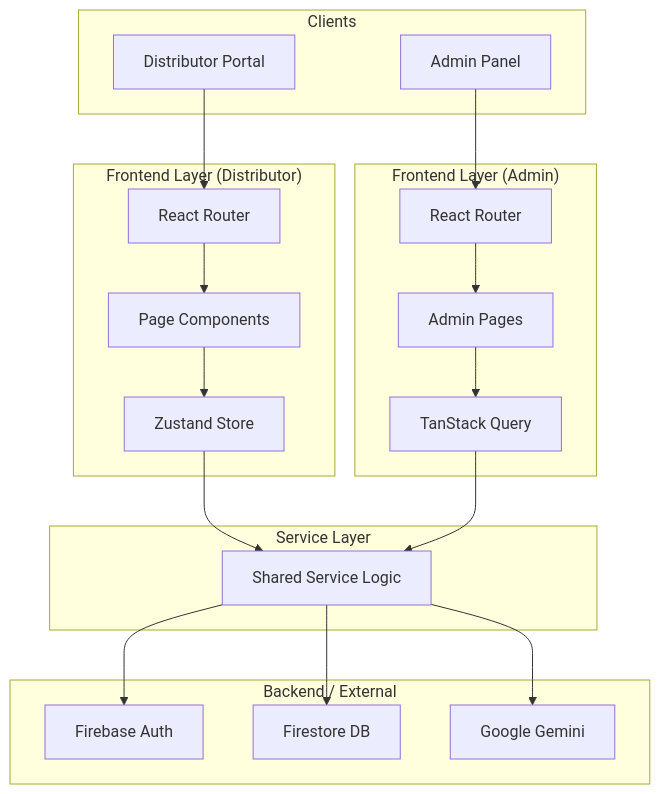
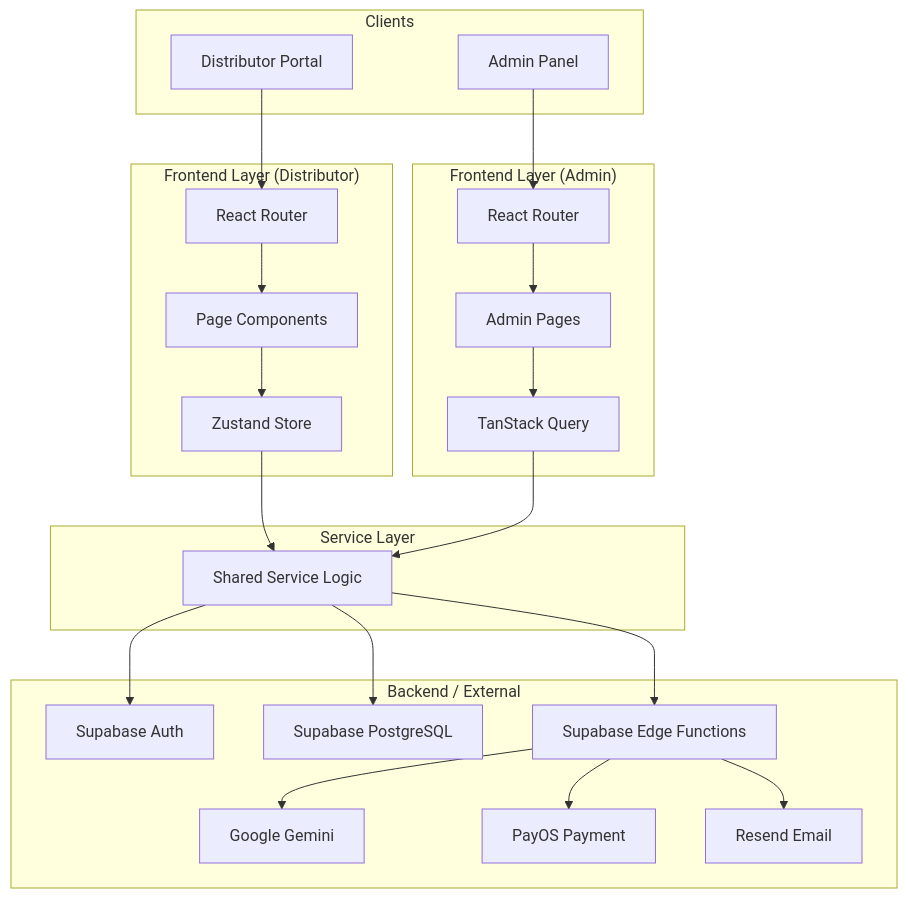
Before and after one commit to longtho638-jpg/Well: the diagram in docs/system-architecture.md, drawn with Mermaid. The commit also changed other lines of this file and 245 other files, not shown here.

````diff
--- a/docs/system-architecture.md
+++ b/docs/system-architecture.md
@@ -7,30 +7,33 @@
 ```mermaid
 graph TD
     subgraph "Clients"
         DistributorApp[Distributor Portal]
         AdminApp[Admin Panel]
     end
 
     subgraph "Frontend Layer (Distributor)"
         DistributorApp --> D_Router[React Router]
         D_Router --> D_Pages[Page Components]
         D_Pages --> D_Store[Zustand Store]
     end
 
     subgraph "Frontend Layer (Admin)"
         AdminApp --> A_Router[React Router]
         A_Router --> A_Pages[Admin Pages]
         A_Pages --> A_Query[TanStack Query]
     end
 
     subgraph "Service Layer"
         D_Store --> APIService
         A_Query --> APIService[Shared Service Logic]
     end
 
     subgraph "Backend / External"
-        APIService --> Auth[Firebase Auth]
-        APIService --> Firestore[Firestore DB]
-        APIService --> GeminiAPI[Google Gemini]
+        APIService --> Auth[Supabase Auth]
+        APIService --> SupaDB[Supabase PostgreSQL]
+        APIService --> EdgeFn[Supabase Edge Functions]
+        EdgeFn --> GeminiAPI[Google Gemini]
+        EdgeFn --> PayOS[PayOS Payment]
+        EdgeFn --> Resend[Resend Email]
     end
 ```
````
